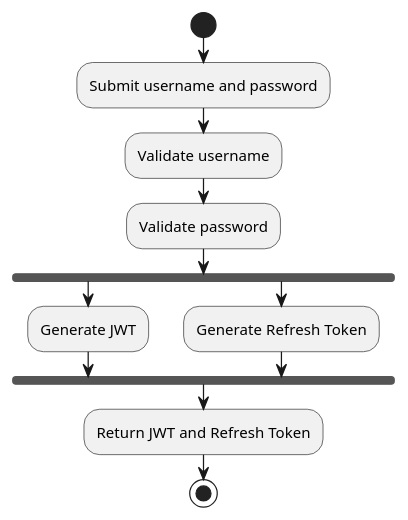
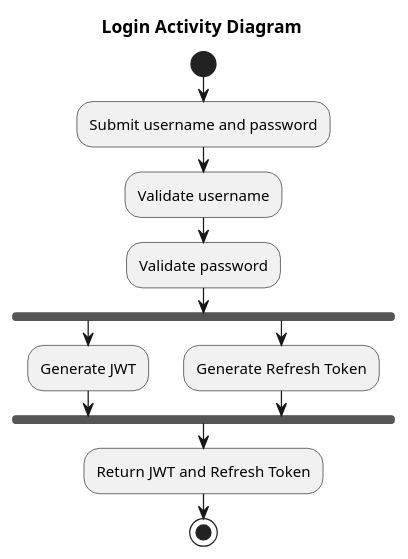
The diagram in 1_LoginActivity.puml (micahbaumann/CS-5800-Project-Micah-UML), drawn with PlantUML before and after one commit. The commit also changed 17 other files, not shown here.

```diff
--- a/1_LoginActivity.puml
+++ b/1_LoginActivity.puml
@@ -1,18 +1,19 @@
 @startuml
 'https://plantuml.com/activity-diagram-beta
+title Login Activity Diagram
 
 start
 
 :Submit username and password;
 :Validate username;
 :Validate password;
 fork
 :Generate JWT;
 fork again
 :Generate Refresh Token;
 end fork
 :Return JWT and Refresh Token;
 
 stop
 
 @enduml
```
